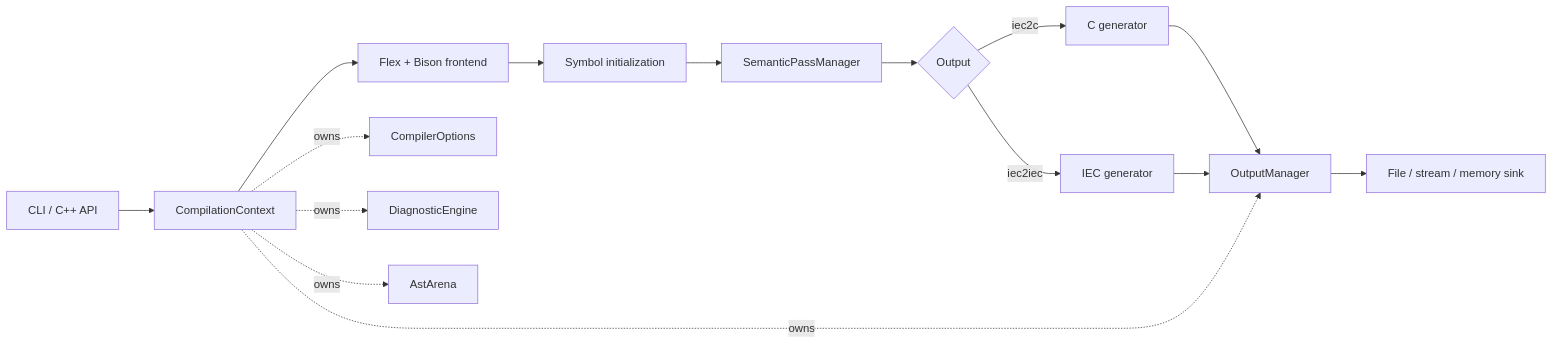
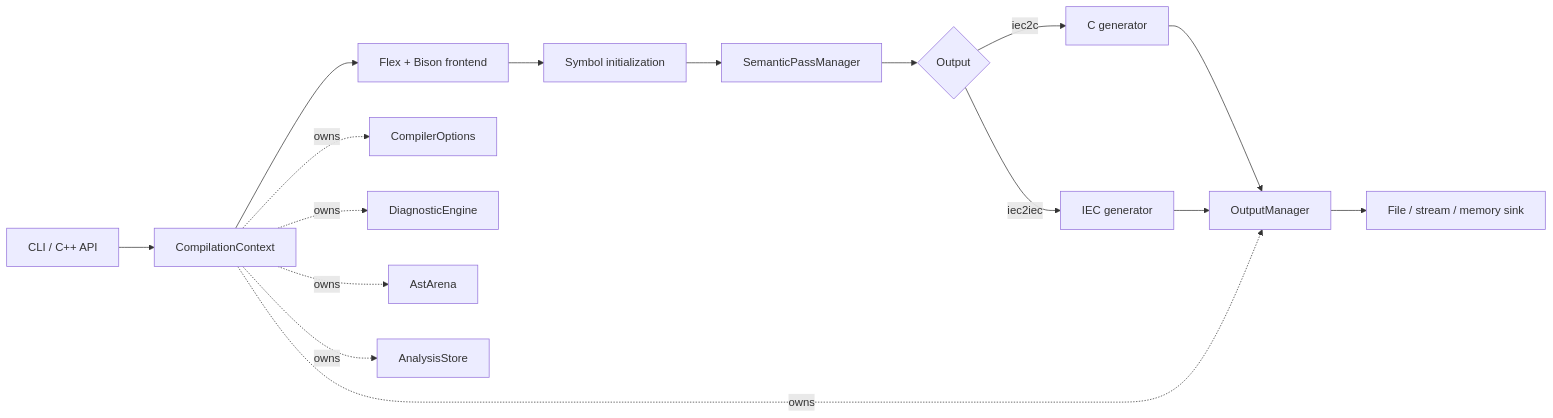
Before and after one commit to mengmengjiang1999/matiec: the diagram in README.md, drawn with Mermaid. The commit also changed other lines of this file and 20 other files, not shown here.

Commit message:
Publish datatype candidates to analysis store

````diff
--- a/README.md
+++ b/README.md
@@ -204,18 +204,19 @@
 ```mermaid
 flowchart LR
     Entry[CLI / C++ API] --> Context[CompilationContext]
     Context --> Frontend[Flex + Bison frontend]
     Frontend --> Symbols[Symbol initialization]
     Symbols --> Passes[SemanticPassManager]
     Passes --> Select{Output}
     Select -->|iec2c| CGen[C generator]
     Select -->|iec2iec| IECGen[IEC generator]
     CGen --> Output[OutputManager]
     IECGen --> Output
     Output --> Sink[File / stream / memory sink]
 
     Context -. owns .-> Options[CompilerOptions]
     Context -. owns .-> Diagnostics[DiagnosticEngine]
     Context -. owns .-> Arena[AstArena]
+    Context -. owns .-> Analysis[AnalysisStore]
     Context -. owns .-> Output
 ```
````
